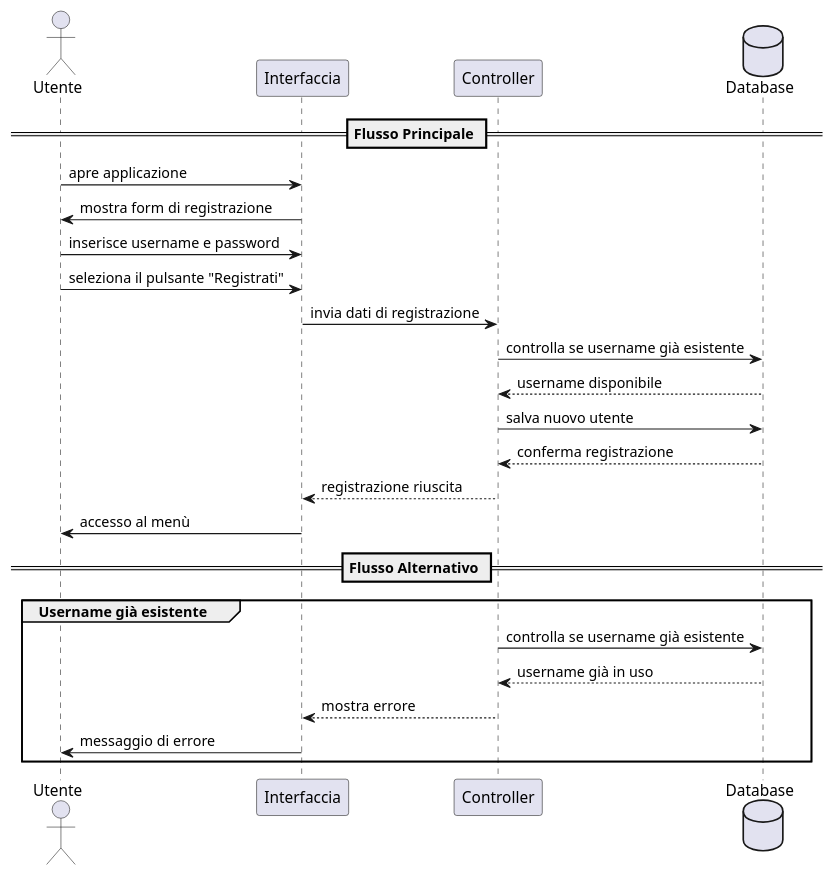
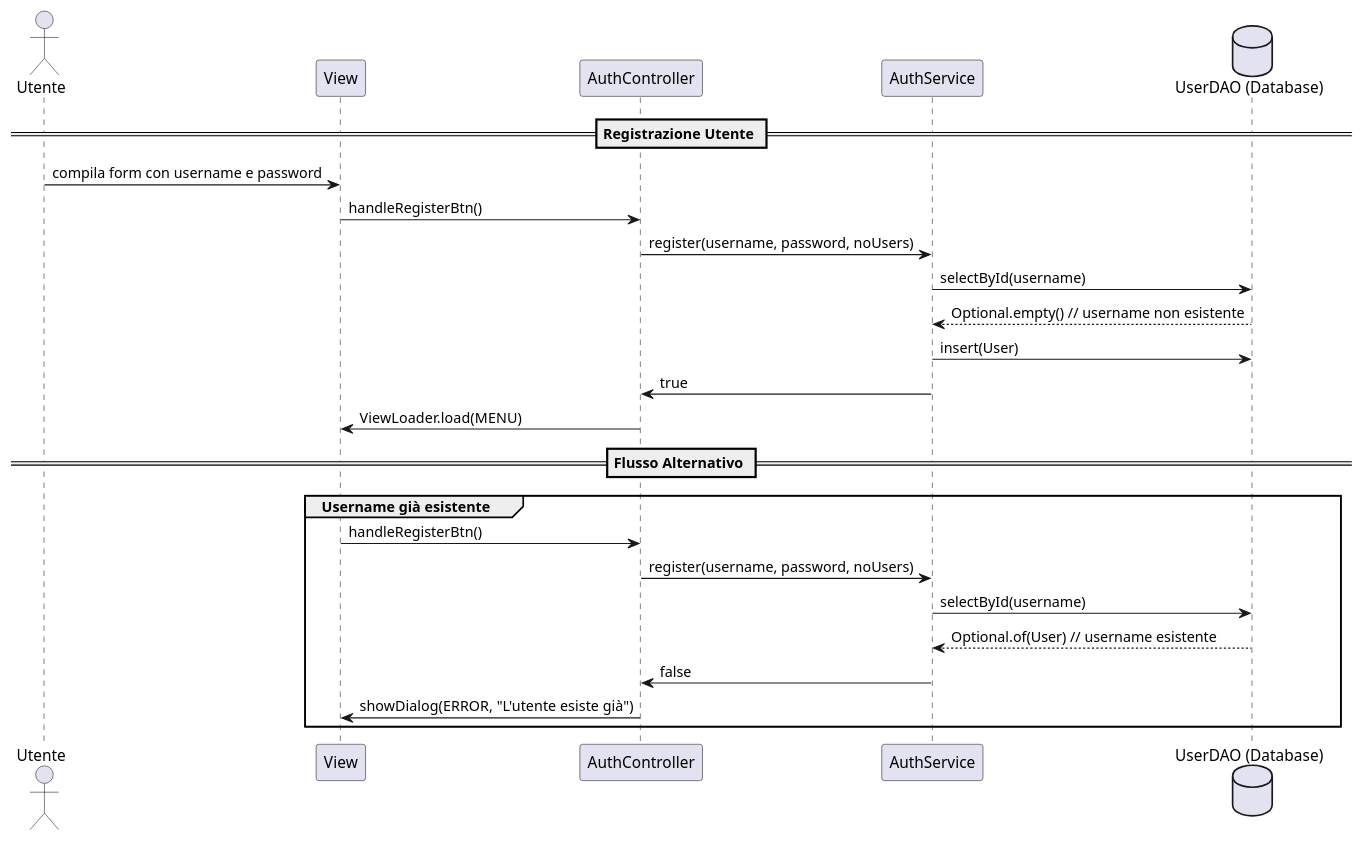
Before and after one commit to Bg735/Wordageddon-Gruppo_16: the diagram in docs/Diagrammi di Sequenza/registration.puml, drawn with PlantUML. The commit also changed 39 other files, not shown here.

```diff
--- a/docs/Diagrammi di Sequenza/registration.puml
+++ b/docs/Diagrammi di Sequenza/registration.puml
@@ -1,29 +1,29 @@
 @startuml
 actor Utente
+participant "View" as UI
+participant "AuthController" as Controller
+participant "AuthService" as Service
+database "UserDAO (Database)" as DB
 
-participant "Interfaccia" as UI
-participant "Controller" as Controller
-database "Database" as DB
+== Registrazione Utente ==
+Utente -> UI : compila form con username e password
 
-== Flusso Principale ==
-Utente -> UI : apre applicazione
-UI -> Utente : mostra form di registrazione
-Utente -> UI : inserisce username e password
-Utente -> UI : seleziona il pulsante "Registrati"
-
-UI -> Controller : invia dati di registrazione
-Controller -> DB : controlla se username già esistente
-DB --> Controller : username disponibile
-Controller -> DB : salva nuovo utente
-DB --> Controller : conferma registrazione
-Controller --> UI : registrazione riuscita
-UI -> Utente : accesso al menù
+UI -> Controller : handleRegisterBtn()
+Controller -> Service : register(username, password, noUsers)
+Service -> DB : selectById(username)
+DB --> Service : Optional.empty() // username non esistente
+Service -> DB : insert(User)
+Service -> Controller : true
+Controller -> UI : ViewLoader.load(MENU)
 
 == Flusso Alternativo ==
 group Username già esistente
-Controller -> DB : controlla se username già esistente
-DB --> Controller : username già in uso
-Controller --> UI : mostra errore
-UI -> Utente : messaggio di errore
+UI -> Controller : handleRegisterBtn()
+Controller -> Service : register(username, password, noUsers)
+Service -> DB : selectById(username)
+DB --> Service : Optional.of(User) // username esistente
+Service -> Controller : false
+Controller -> UI : showDialog(ERROR, "L'utente esiste già")
 end
+
 @enduml
```
